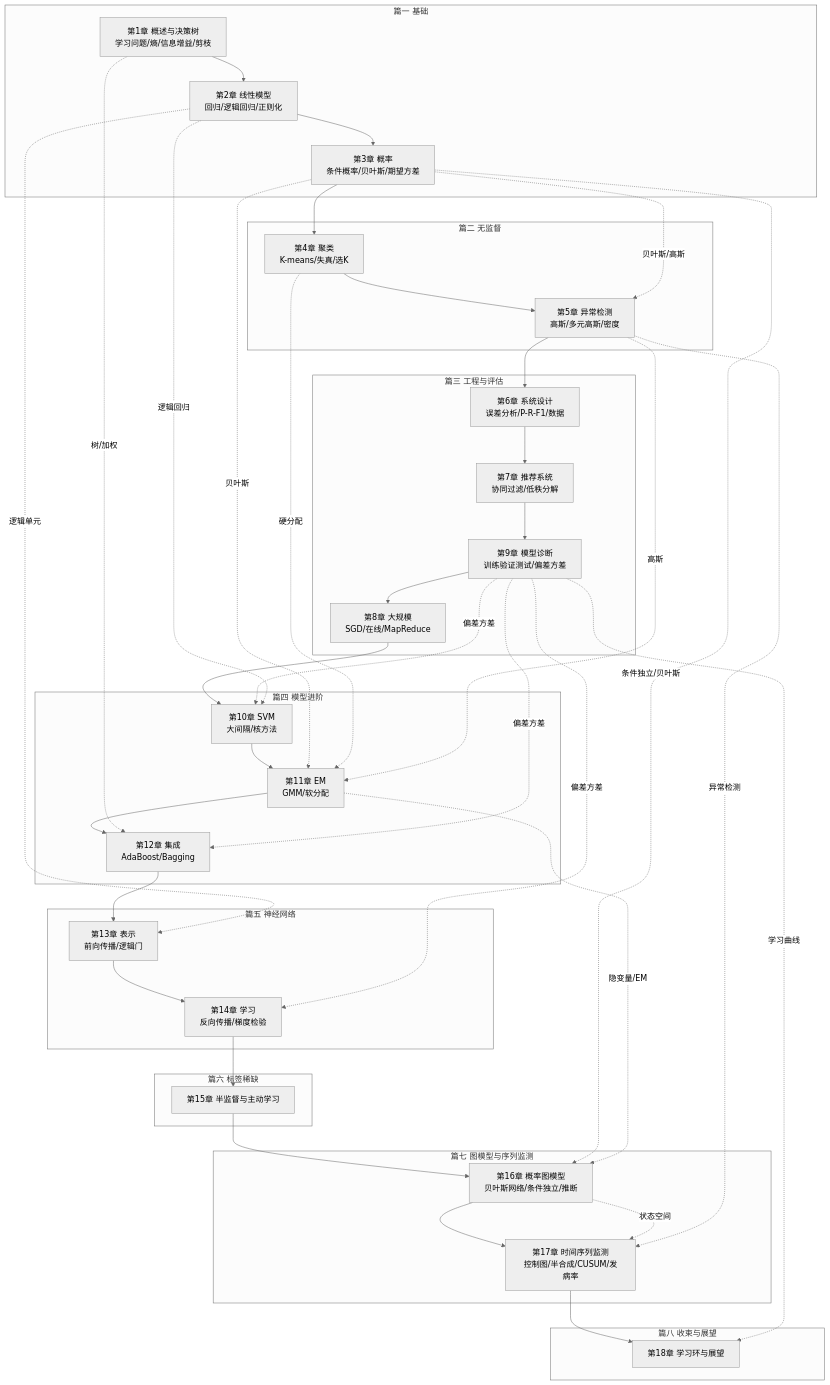
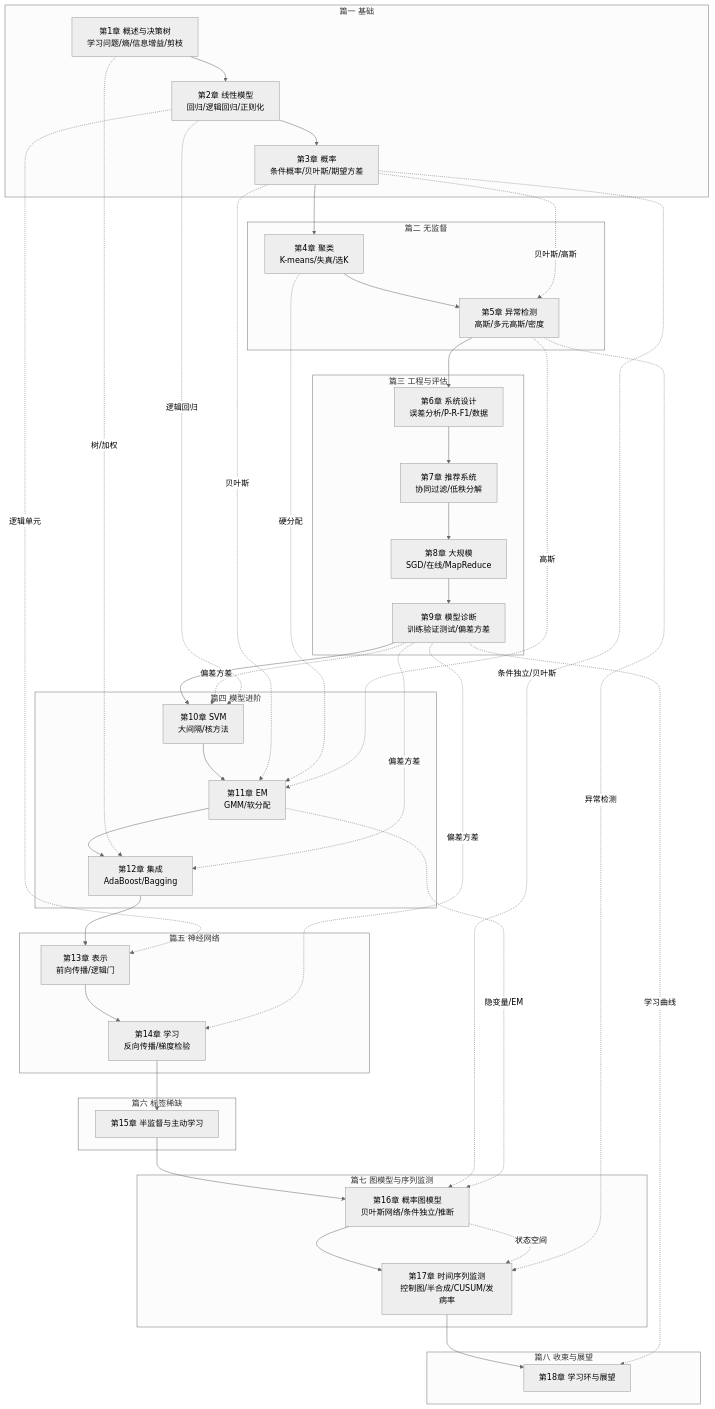
The first of 3 diagrams in 机器学习/机器学习期末总复习提纲.md (KayeAdams515/ClaudeNotes), drawn with Mermaid (neutral theme) before and after one commit. The commit also changed other lines of this file, not shown here.

Commit message:
按章号顺序调整第8、9章，修正课程地图与章序说明

````diff
--- a/机器学习/机器学习期末总复习提纲.md
+++ b/机器学习/机器学习期末总复习提纲.md
@@ -69,54 +69,54 @@
 ```mermaid
 flowchart TB
     subgraph P1["篇一 基础"]
         C1["第1章 概述与决策树<br/>学习问题/熵/信息增益/剪枝"]
         C2["第2章 线性模型<br/>回归/逻辑回归/正则化"]
         C3["第3章 概率<br/>条件概率/贝叶斯/期望方差"]
     end
     subgraph P2["篇二 无监督"]
         C4["第4章 聚类<br/>K-means/失真/选K"]
         C5["第5章 异常检测<br/>高斯/多元高斯/密度"]
     end
     subgraph P3["篇三 工程与评估"]
         C6["第6章 系统设计<br/>误差分析/P-R-F1/数据"]
         C7["第7章 推荐系统<br/>协同过滤/低秩分解"]
+        C8["第8章 大规模<br/>SGD/在线/MapReduce"]
         C9["第9章 模型诊断<br/>训练验证测试/偏差方差"]
-        C8["第8章 大规模<br/>SGD/在线/MapReduce"]
     end
     subgraph P4["篇四 模型进阶"]
         C10["第10章 SVM<br/>大间隔/核方法"]
         C11["第11章 EM<br/>GMM/软分配"]
         C12["第12章 集成<br/>AdaBoost/Bagging"]
     end
     subgraph P5["篇五 神经网络"]
         C13["第13章 表示<br/>前向传播/逻辑门"]
         C14["第14章 学习<br/>反向传播/梯度检验"]
     end
     subgraph P6["篇六 标签稀缺"]
         C15["第15章 半监督与主动学习"]
     end
     subgraph P7["篇七 图模型与序列监测"]
         C16["第16章 概率图模型<br/>贝叶斯网络/条件独立/推断"]
         C17["第17章 时间序列监测<br/>控制图/半合成/CUSUM/发病率"]
     end
     subgraph P8["篇八 收束与展望"]
         C18["第18章 学习环与展望"]
     end
 
-    C1 --> C2 --> C3 --> C4 --> C5 --> C6 --> C7 --> C9 --> C8 --> C10 --> C11 --> C12 --> C13 --> C14 --> C15 --> C16 --> C17 --> C18
+    C1 --> C2 --> C3 --> C4 --> C5 --> C6 --> C7 --> C8 --> C9 --> C10 --> C11 --> C12 --> C13 --> C14 --> C15 --> C16 --> C17 --> C18
     C3 -. 贝叶斯/高斯 .-> C5
     C3 -. 贝叶斯 .-> C11
     C4 -. 硬分配 .-> C11
     C5 -. 高斯 .-> C11
     C1 -. 树/加权 .-> C12
     C9 -. 偏差方差 .-> C10
     C9 -. 偏差方差 .-> C12
     C9 -. 偏差方差 .-> C14
     C2 -. 逻辑回归 .-> C10
     C2 -. 逻辑单元 .-> C13
     C3 -. 条件独立/贝叶斯 .-> C16
     C11 -. 隐变量/EM .-> C16
     C16 -. 状态空间 .-> C17
     C5 -. 异常检测 .-> C17
     C9 -. 学习曲线 .-> C18
 ```
````
